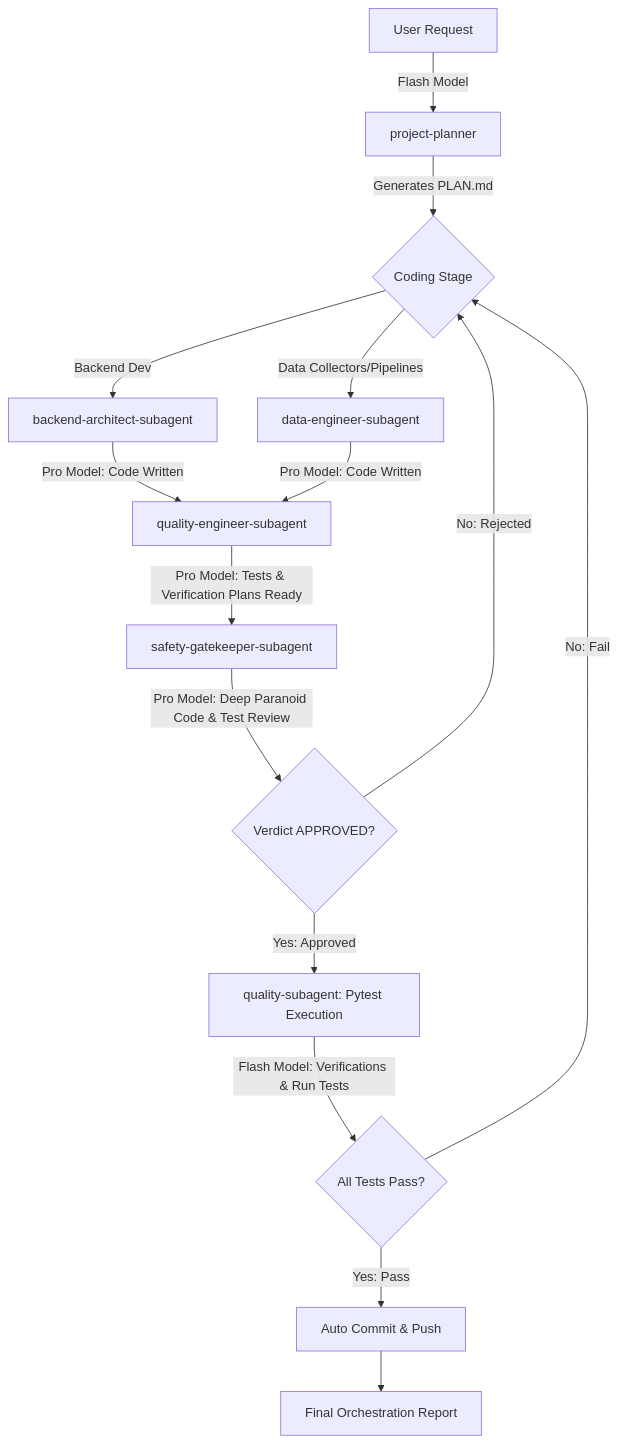
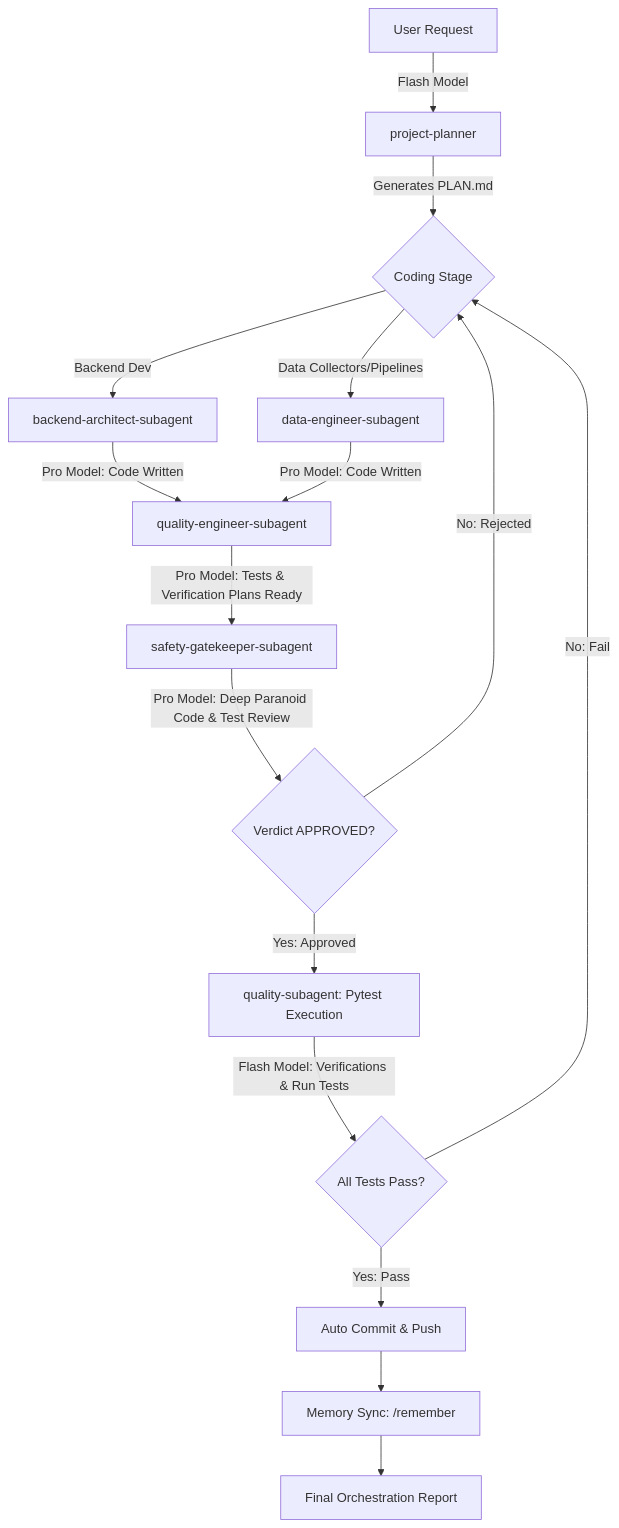
The diagram in .agent/workflows/orchestrate.md (GhostFaceInterface/SilverPilot), drawn with Mermaid before and after one commit. The commit also changed other lines of this file and 14 other files, not shown here.

````diff
--- a/.agent/workflows/orchestrate.md
+++ b/.agent/workflows/orchestrate.md
@@ -28,16 +31,17 @@
 ```mermaid
 graph TD
     A[User Request] -->|Flash Model| B[project-planner]
     B -->|Generates PLAN.md| C{Coding Stage}
     C -->|Backend Dev| D[backend-architect-subagent]
     C -->|Data Collectors/Pipelines| E[data-engineer-subagent]
     D & E -->|Pro Model: Code Written| F[quality-engineer-subagent]
     F -->|Pro Model: Tests & Verification Plans Ready| G[safety-gatekeeper-subagent]
     G -->|Pro Model: Deep Paranoid Code & Test Review| H{Verdict APPROVED?}
     H -->|No: Rejected| C
     H -->|Yes: Approved| I[quality-subagent: Pytest Execution]
     I -->|Flash Model: Verifications & Run Tests| K{All Tests Pass?}
     K -->|No: Fail| C
     K -->|Yes: Pass| L[Auto Commit & Push]
-    L --> J[Final Orchestration Report]
+    L --> M[Memory Sync: /remember]
+    M --> J[Final Orchestration Report]
 ```
````
